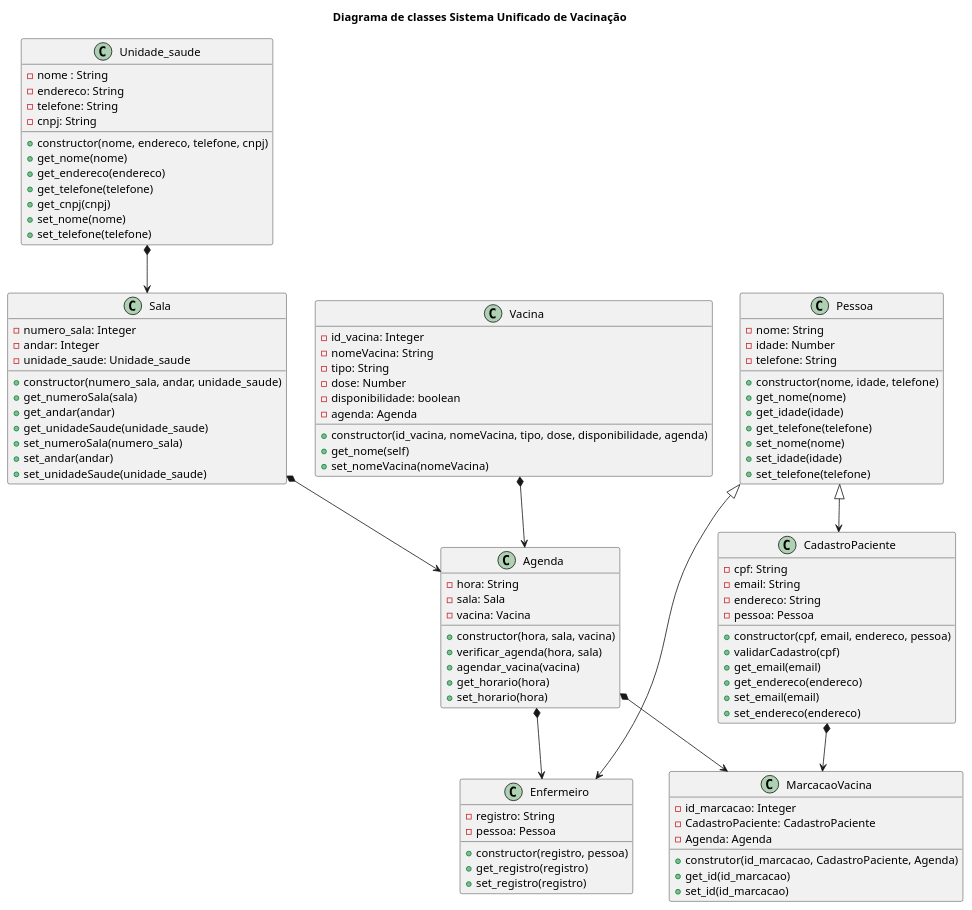
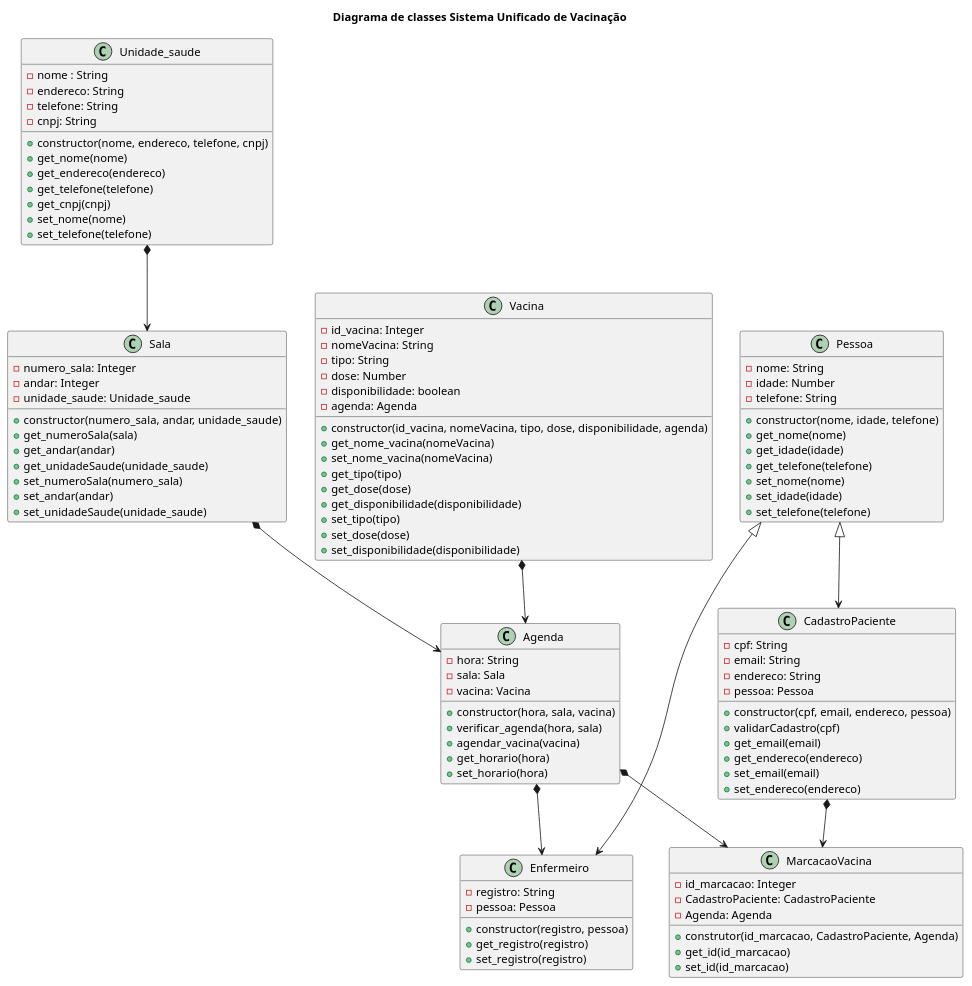
The diagram in diagrama_classe.plantuml (anleaes/2022-1-N2-POO-01), drawn with PlantUML before and after one commit.

Commit message:
atualizacao classe vacina

```diff
--- a/diagrama_classe.plantuml
+++ b/diagrama_classe.plantuml
@@ -1,108 +1,114 @@
 @startuml diagrama_classe
 
 title Diagrama de classes Sistema Unificado de Vacinação
 
 class Unidade_saude{
     - nome : String
     - endereco: String
     - telefone: String
     - cnpj: String
     + constructor(nome, endereco, telefone, cnpj)
     + get_nome(nome)
     + get_endereco(endereco)
     + get_telefone(telefone)
     + get_cnpj(cnpj)
     + set_nome(nome)
     + set_telefone(telefone)
 }
 
 class Sala{
     - numero_sala: Integer
     - andar: Integer
     - unidade_saude: Unidade_saude 
     + constructor(numero_sala, andar, unidade_saude)
     + get_numeroSala(sala)
     + get_andar(andar)
     + get_unidadeSaude(unidade_saude)
     + set_numeroSala(numero_sala)
     + set_andar(andar)
     + set_unidadeSaude(unidade_saude)
 }
 
 class Agenda{
     - hora: String
     - sala: Sala
     - vacina: Vacina
     + constructor(hora, sala, vacina)
     + verificar_agenda(hora, sala)
     + agendar_vacina(vacina)
     + get_horario(hora)
     + set_horario(hora)
 }
 
 
 Class Vacina{
     - id_vacina: Integer
     - nomeVacina: String
     - tipo: String
     - dose: Number
     - disponibilidade: boolean
     - agenda: Agenda
     + constructor(id_vacina, nomeVacina, tipo, dose, disponibilidade, agenda)
-    + get_nome(self)
-    + set_nomeVacina(nomeVacina)
+    + get_nome_vacina(nomeVacina)
+    + set_nome_vacina(nomeVacina)
+    + get_tipo(tipo)
+    + get_dose(dose)
+    + get_disponibilidade(disponibilidade)
+    + set_tipo(tipo)
+    + set_dose(dose)
+    + set_disponibilidade(disponibilidade)
 }
 
 class Pessoa{
     - nome: String
     - idade: Number
     - telefone: String
     + constructor(nome, idade, telefone)
     + get_nome(nome)
     + get_idade(idade)
     + get_telefone(telefone)
     + set_nome(nome)
     + set_idade(idade)
     + set_telefone(telefone)
 }
 
 class CadastroPaciente {
     - cpf: String
     - email: String
     - endereco: String
     - pessoa: Pessoa
     + constructor(cpf, email, endereco, pessoa)
     + validarCadastro(cpf)
     + get_email(email)
     + get_endereco(endereco)
     + set_email(email)
     + set_endereco(endereco)
 }
 
 class Enfermeiro {
     - registro: String
     - pessoa: Pessoa
     + constructor(registro, pessoa)
     + get_registro(registro)
     + set_registro(registro)
 }
 
 class MarcacaoVacina{
     - id_marcacao: Integer
     - CadastroPaciente: CadastroPaciente
     - Agenda: Agenda
     + construtor(id_marcacao, CadastroPaciente, Agenda)
     + get_id(id_marcacao)
     + set_id(id_marcacao)
 }
 
 Pessoa <|--> CadastroPaciente
 Pessoa <|--> Enfermeiro
 Unidade_saude *--> Sala
 Sala *--> Agenda
 Vacina *--> Agenda
 Agenda *--> Enfermeiro
 CadastroPaciente *--> MarcacaoVacina
 Agenda *--> MarcacaoVacina
 
 @enduml
```
